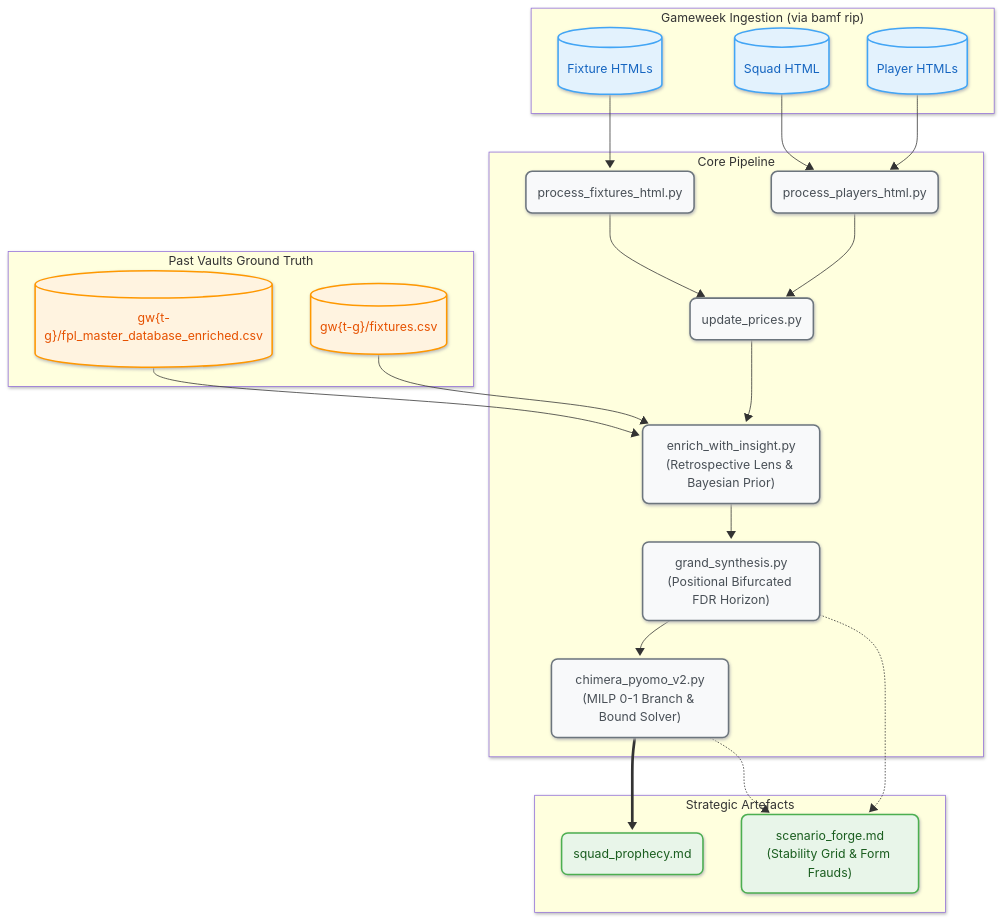
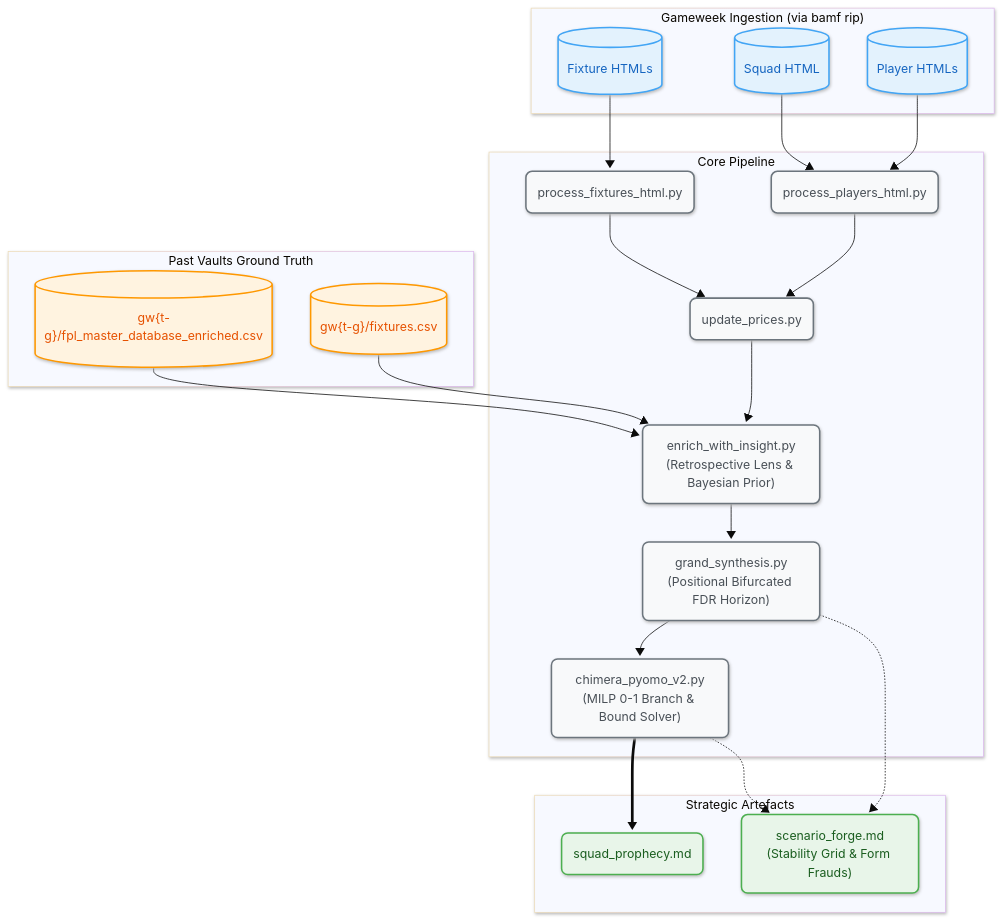
One commit to ianchanning/fpl-dominator changed the first of 2 diagrams in README.md. Above: the diagram before and after it, drawn with Mermaid.

Commit message:
chore: mermaid theme

````diff
--- a/README.md
+++ b/README.md
@@ -139,50 +139,51 @@
 ```mermaid
 ---
 config:
   look: neo
+  theme: base
 ---
 graph TD
     subgraph Inputs["Gameweek Ingestion (via bamf rip)"]
         A1[("Player HTMLs")]
         A2[("Fixture HTMLs")]
         A3[("Squad HTML")]
     end
 
     subgraph Historical["Past Vaults Ground Truth"]
         H1[("gw{t-g}/fixtures.csv")]
         H2[("gw{t-g}/fpl_master_database_enriched.csv")]
     end
 
     subgraph Processors["Core Pipeline"]
         B1("process_players_html.py")
         B2("process_fixtures_html.py")
         B3("update_prices.py")
         B4("enrich_with_insight.py<br>(Retrospective Lens & Bayesian Prior)")
         B5("grand_synthesis.py<br>(Positional Bifurcated FDR Horizon)")
         B6("chimera_pyomo_v2.py<br>(MILP 0-1 Branch & Bound Solver)")
     end
 
     subgraph Outputs["Strategic Artefacts"]
         F1("squad_prophecy.md")
         F2("scenario_forge.md<br>(Stability Grid & Form Frauds)")
     end
 
     A1 & A3 --> B1
     A2 --> B2
     B1 & B2 --> B3
     B3 & H1 & H2 --> B4
     B4 --> B5
     B5 --> B6
     B6 ==> F1
     B5 & B6 -.-> F2
 
     classDef inputStyle fill:#e3f2fd,stroke:#42a5f5,stroke-width:2px,color:#1565c0,rx:8,ry:8
     classDef histStyle fill:#fff3e0,stroke:#ff9800,stroke-width:2px,color:#e65100,rx:8,ry:8
     classDef processStyle fill:#f8f9fa,stroke:#6c757d,stroke-width:2px,color:#495057,rx:8,ry:8
     classDef outputStyle fill:#e8f5e9,stroke:#4caf50,stroke-width:2px,color:#1b5e20,rx:8,ry:8
 
     class A1,A2,A3 inputStyle
     class H1,H2 histStyle
     class B1,B2,B3,B4,B5,B6 processStyle
     class F1,F2 outputStyle
 ```
````
